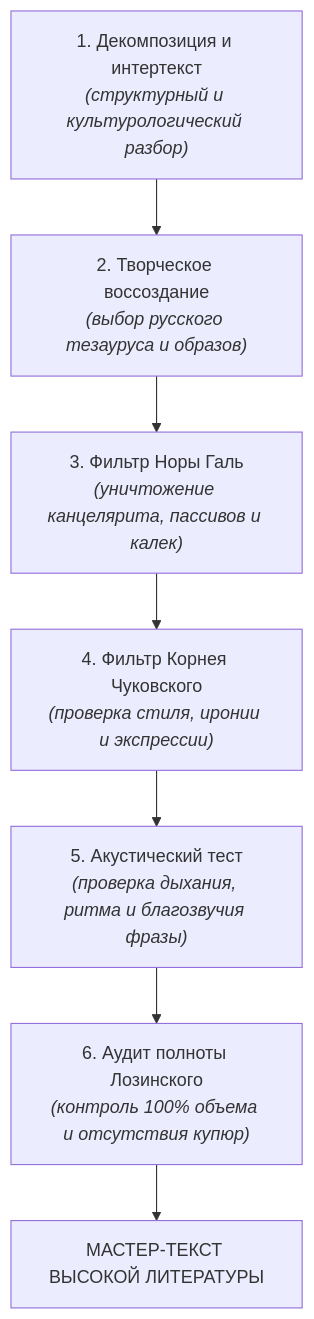
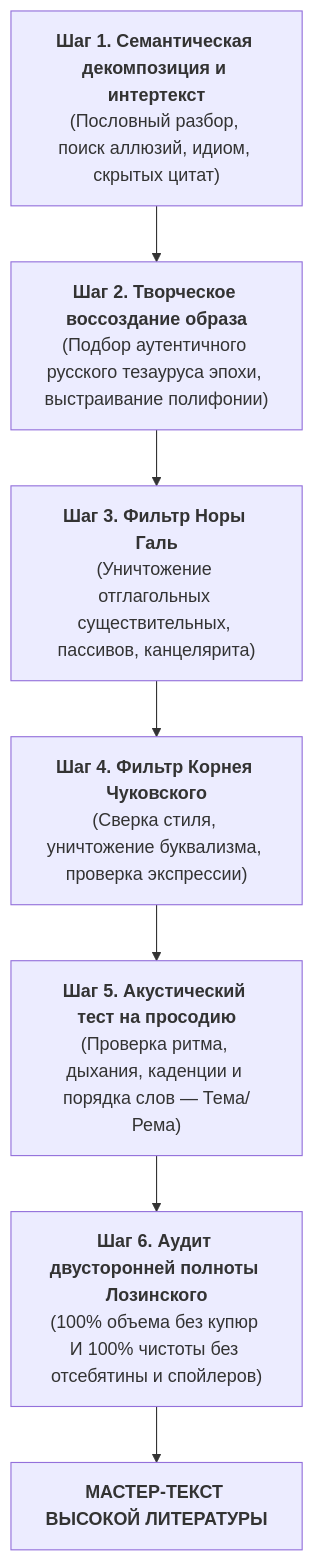
Before and after one commit to lnp/classic-russian-translation: the fourth of 4 diagrams in AGENTS.md, drawn with Mermaid. The commit also changed other lines of this file, not shown here.

Commit message:
Золотой канон художественного перевода для ИИ-агентов (Нора Галь, Чуковский, Лозинский)

````diff
--- a/AGENTS.md
+++ b/AGENTS.md
@@ -114,9 +161,9 @@
 ```mermaid
 flowchart TD
-    P1["1. Декомпозиция и интертекст<br/><i>(структурный и культурологический разбор)</i>"] --> P2["2. Творческое воссоздание<br/><i>(выбор русского тезауруса и образов)</i>"]
-    P2 --> P3["3. Фильтр Норы Галь<br/><i>(уничтожение канцелярита, пассивов и калек)</i>"]
-    P3 --> P4["4. Фильтр Корнея Чуковского<br/><i>(проверка стиля, иронии и экспрессии)</i>"]
-    P4 --> P5["5. Акустический тест<br/><i>(проверка дыхания, ритма и благозвучия фразы)</i>"]
-    P5 --> P6["6. Аудит полноты Лозинского<br/><i>(контроль 100% объема и отсутствия купюр)</i>"]
-    P6 --> OUT["МАСТЕР-ТЕКСТ ВЫСОКОЙ ЛИТЕРАТУРЫ"]
+    S1["<b>Шаг 1. Семантическая декомпозиция и интертекст</b><br/>(Пословный разбор, поиск аллюзий, идиом, скрытых цитат)"] --> S2
+    S2["<b>Шаг 2. Творческое воссоздание образа</b><br/>(Подбор аутентичного русского тезауруса эпохи, выстраивание полифонии)"] --> S3
+    S3["<b>Шаг 3. Фильтр Норы Галь</b><br/>(Уничтожение отглагольных существительных, пассивов, канцелярита)"] --> S4
+    S4["<b>Шаг 4. Фильтр Корнея Чуковского</b><br/>(Сверка стиля, уничтожение буквализма, проверка экспрессии)"] --> S5
+    S5["<b>Шаг 5. Акустический тест на просодию</b><br/>(Проверка ритма, дыхания, каденции и порядка слов — Тема/Рема)"] --> S6
+    S6["<b>Шаг 6. Аудит двусторонней полноты Лозинского</b><br/>(100% объема без купюр И 100% чистоты без отсебятины и спойлеров)"] --> END["<b>МАСТЕР-ТЕКСТ ВЫСОКОЙ ЛИТЕРАТУРЫ</b>"]
 ```
````
